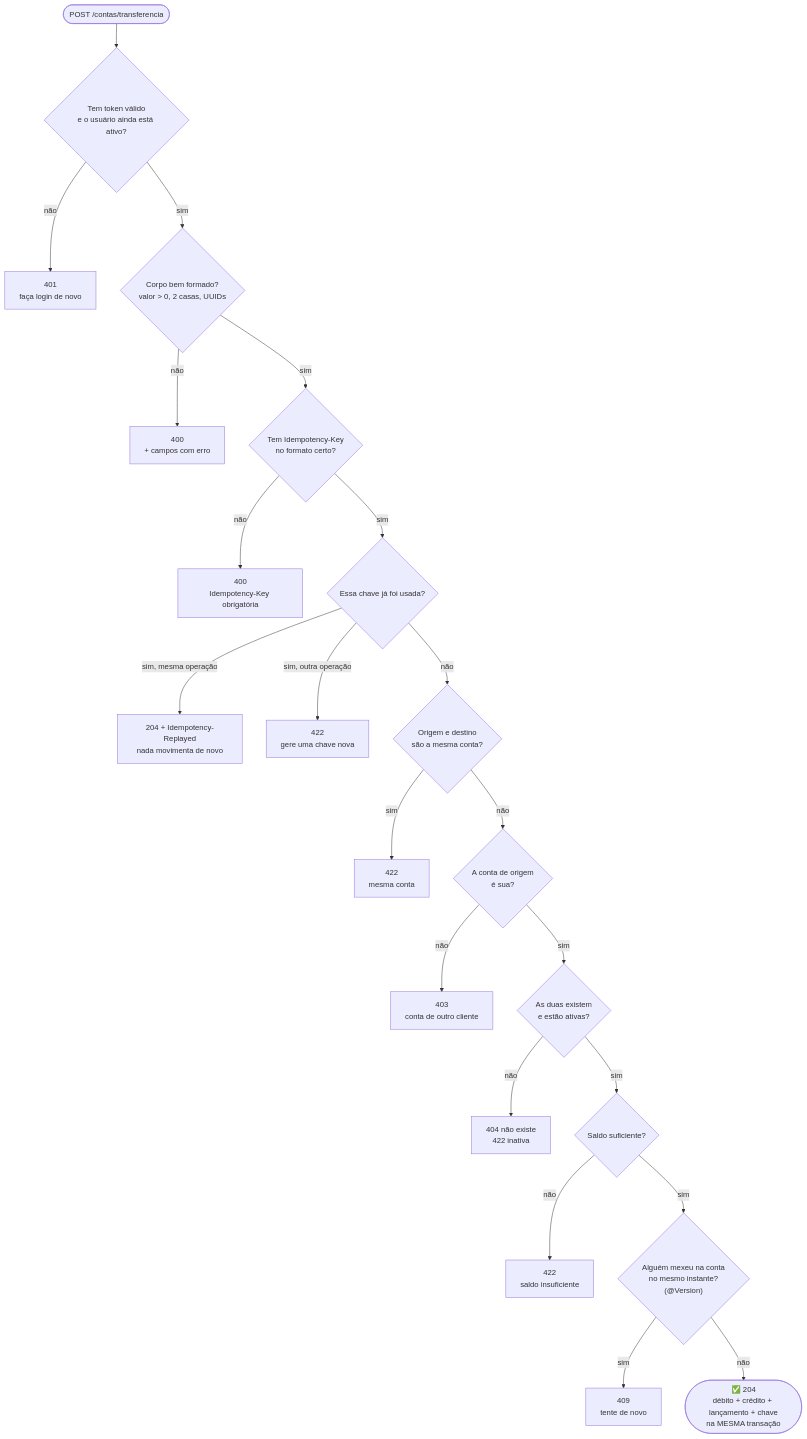
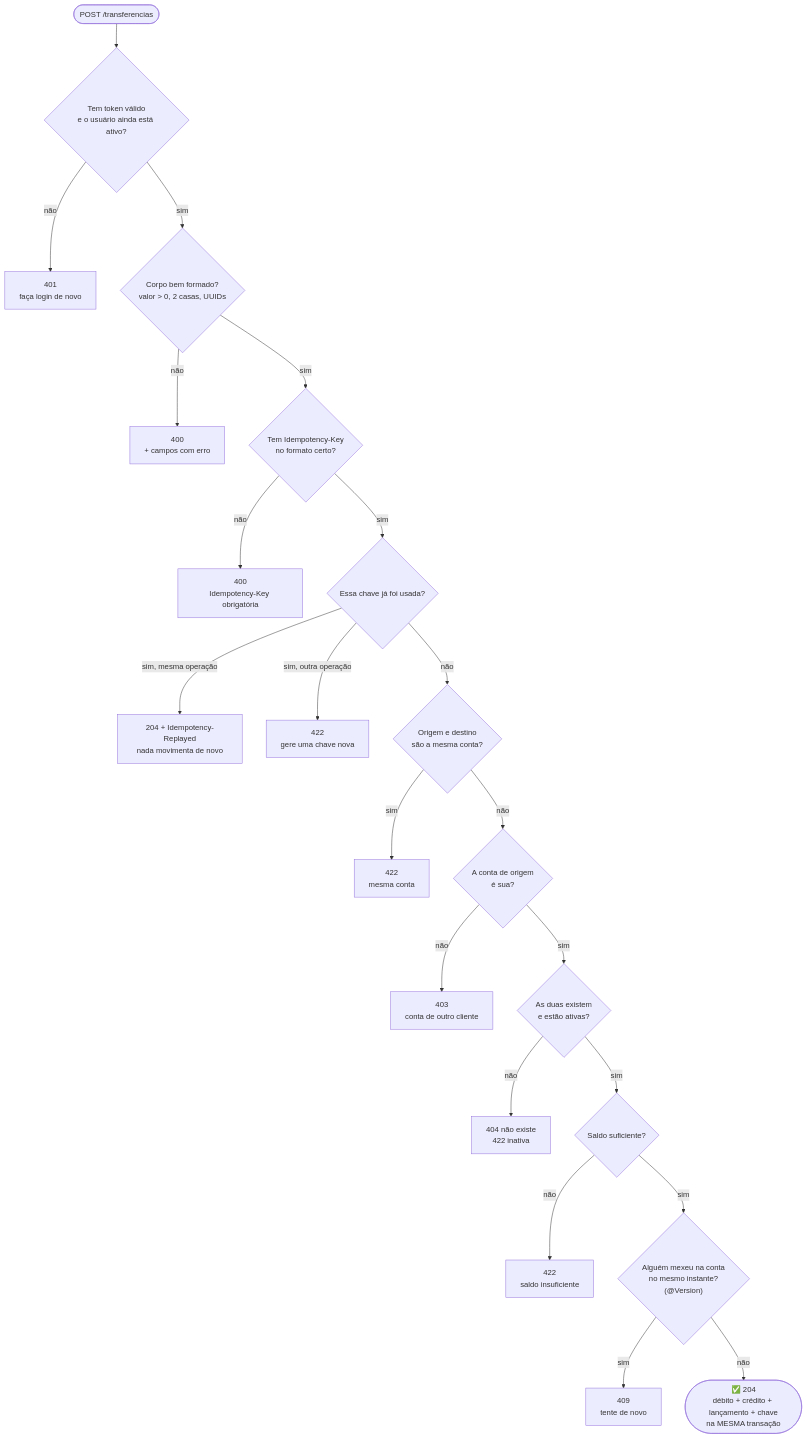
The third of 10 diagrams in FLUXOS.md (k3vinrich4rd/rkf_bank), drawn with Mermaid before and after one commit. The commit also changed other lines of this file and 12 other files, not shown here.

````diff
--- a/FLUXOS.md
+++ b/FLUXOS.md
@@ -93,23 +93,23 @@
 ```mermaid
 flowchart TD
-    S(["POST /contas/transferencia"]) --> Q1{"Tem token válido<br/>e o usuário ainda está ativo?"}
+    S(["POST /transferencias"]) --> Q1{"Tem token válido<br/>e o usuário ainda está ativo?"}
     Q1 -- não --> R401["401<br/>faça login de novo"]
     Q1 -- sim --> Q2{"Corpo bem formado?<br/>valor > 0, 2 casas, UUIDs"}
     Q2 -- não --> R400["400<br/>+ campos com erro"]
     Q2 -- sim --> Q3{"Tem Idempotency-Key<br/>no formato certo?"}
     Q3 -- não --> R400b["400<br/>Idempotency-Key obrigatória"]
     Q3 -- sim --> Q4{"Essa chave já foi usada?"}
     Q4 -- "sim, mesma operação" --> R204r["204 + Idempotency-Replayed<br/>nada movimenta de novo"]
     Q4 -- "sim, outra operação" --> R422k["422<br/>gere uma chave nova"]
     Q4 -- não --> Q5{"Origem e destino<br/>são a mesma conta?"}
     Q5 -- sim --> R422m["422<br/>mesma conta"]
     Q5 -- não --> Q6{"A conta de origem<br/>é sua?"}
     Q6 -- não --> R403["403<br/>conta de outro cliente"]
     Q6 -- sim --> Q7{"As duas existem<br/>e estão ativas?"}
     Q7 -- não --> R404["404 não existe<br/>422 inativa"]
     Q7 -- sim --> Q8{"Saldo suficiente?"}
     Q8 -- não --> R422s["422<br/>saldo insuficiente"]
     Q8 -- sim --> Q9{"Alguém mexeu na conta<br/>no mesmo instante?<br/>(@Version)"}
     Q9 -- sim --> R409["409<br/>tente de novo"]
     Q9 -- não --> OK(["✅ 204<br/>débito + crédito + lançamento + chave<br/>na MESMA transação"])
 ```
````
